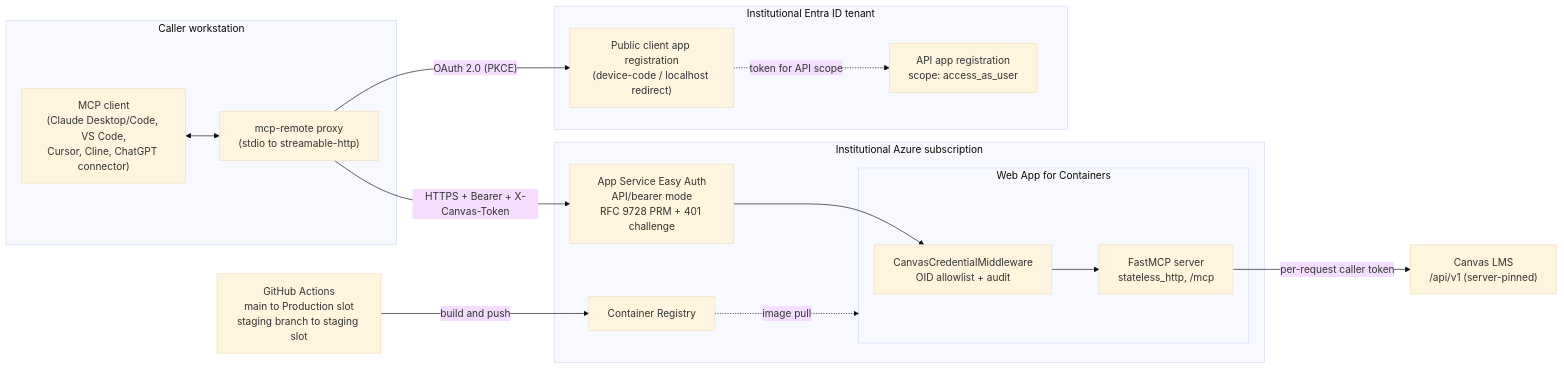
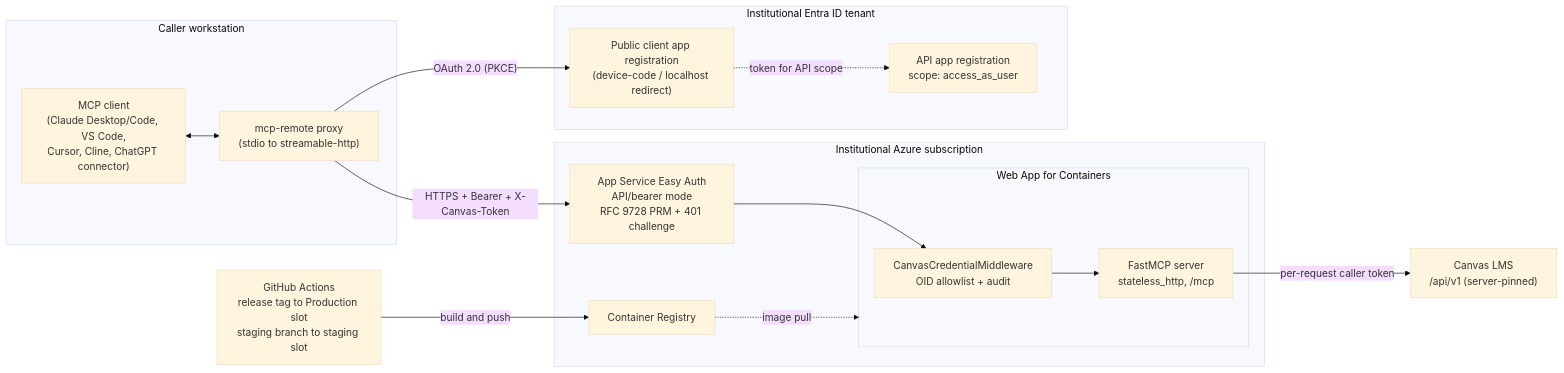
One commit to vishalsachdev/canvas-mcp changed the diagram in deploy/azure/README.md. Above: the diagram before and after it, drawn with Mermaid (base theme). The commit also changed other lines of this file and 5 other files, not shown here.

First line of the commit message:
ci: deploy production on release tags or manual runs, not every merge

````diff
--- a/deploy/azure/README.md
+++ b/deploy/azure/README.md
@@ -49,34 +49,34 @@
 ```mermaid
 flowchart LR
     subgraph client["Caller workstation"]
         A["MCP client<br/>(Claude Desktop/Code, VS Code,<br/>Cursor, Cline, ChatGPT connector)"]
         B["mcp-remote proxy<br/>(stdio to streamable-http)"]
         A <--> B
     end
 
     subgraph entra["Institutional Entra ID tenant"]
         E1["API app registration<br/>scope: access_as_user"]
         E2["Public client app registration<br/>(device-code / localhost redirect)"]
     end
 
     subgraph azure["Institutional Azure subscription"]
         EA["App Service Easy Auth<br/>API/bearer mode<br/>RFC 9728 PRM + 401 challenge"]
         subgraph app["Web App for Containers"]
             MW["CanvasCredentialMiddleware<br/>OID allowlist + audit"]
             MCP["FastMCP server<br/>stateless_http, /mcp"]
             MW --> MCP
         end
         ACR["Container Registry"]
         EA --> MW
         ACR -. image pull .-> app
     end
 
     CV["Canvas LMS<br/>/api/v1 (server-pinned)"]
 
     B -- "OAuth 2.0 (PKCE)" --> E2
     E2 -. "token for API scope" .-> E1
     B -- "HTTPS + Bearer + X-Canvas-Token" --> EA
     MCP -- "per-request caller token" --> CV
 
-    GH["GitHub Actions<br/>main to Production slot<br/>staging branch to staging slot"] -- "build and push" --> ACR
+    GH["GitHub Actions<br/>release tag to Production slot<br/>staging branch to staging slot"] -- "build and push" --> ACR
 ```
````
